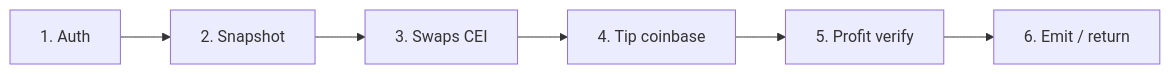
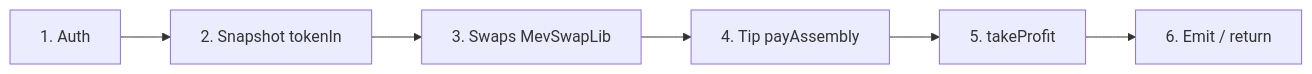
One commit to rastrahm/mev-hft-infra changed the ninth of 9 diagrams in doc/diagrama-de-flujo.md. Above: the diagram before and after it, drawn with Mermaid. The commit also changed other lines of this file and 5 other files, not shown here.

````diff
--- a/doc/diagrama-de-flujo.md
+++ b/doc/diagrama-de-flujo.md
@@ -141,8 +143,8 @@
 ```mermaid
 flowchart LR
-    A[1. Auth] --> B[2. Snapshot]
-    B --> C[3. Swaps CEI]
-    C --> D[4. Tip coinbase]
-    D --> E[5. Profit verify]
+    A[1. Auth] --> B[2. Snapshot tokenIn]
+    B --> C[3. Swaps MevSwapLib]
+    C --> D[4. Tip payAssembly]
+    D --> E[5. takeProfit]
     E --> F[6. Emit / return]
 ```
````
